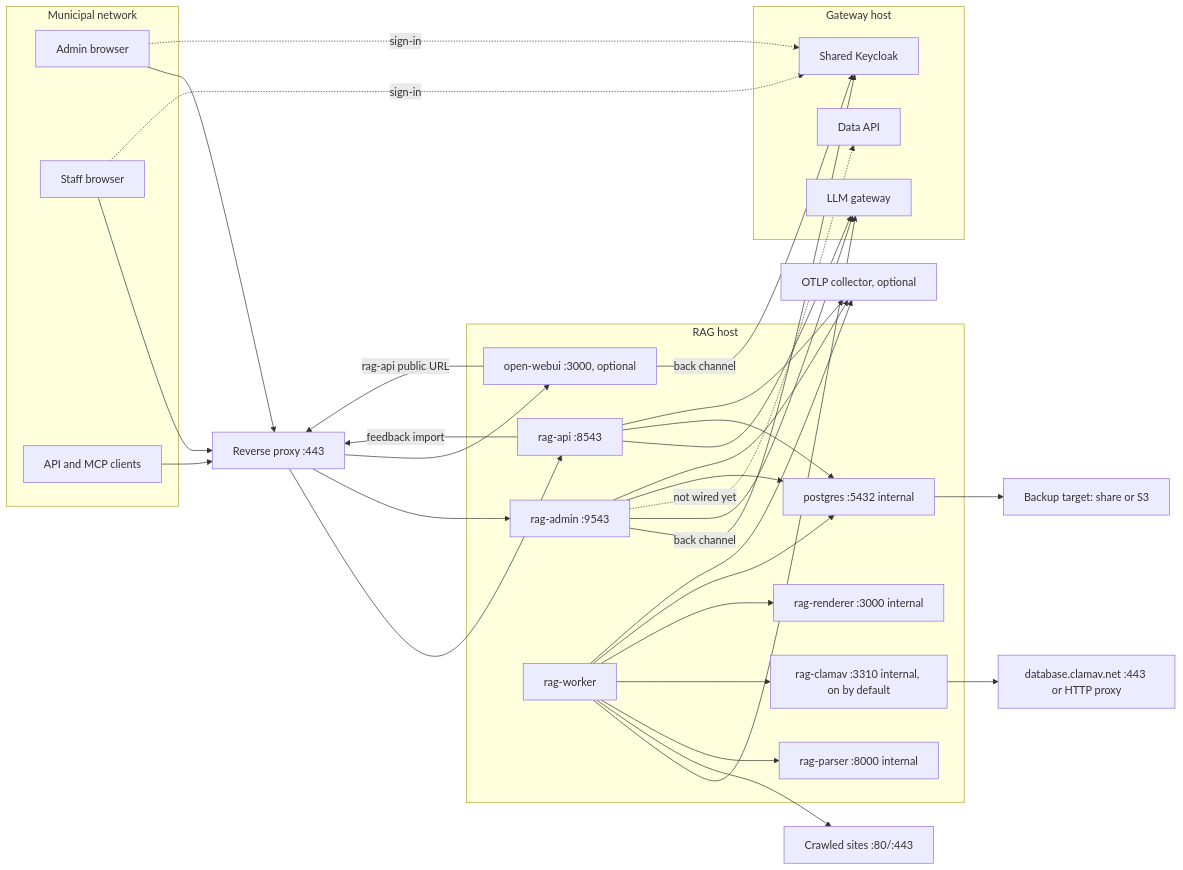
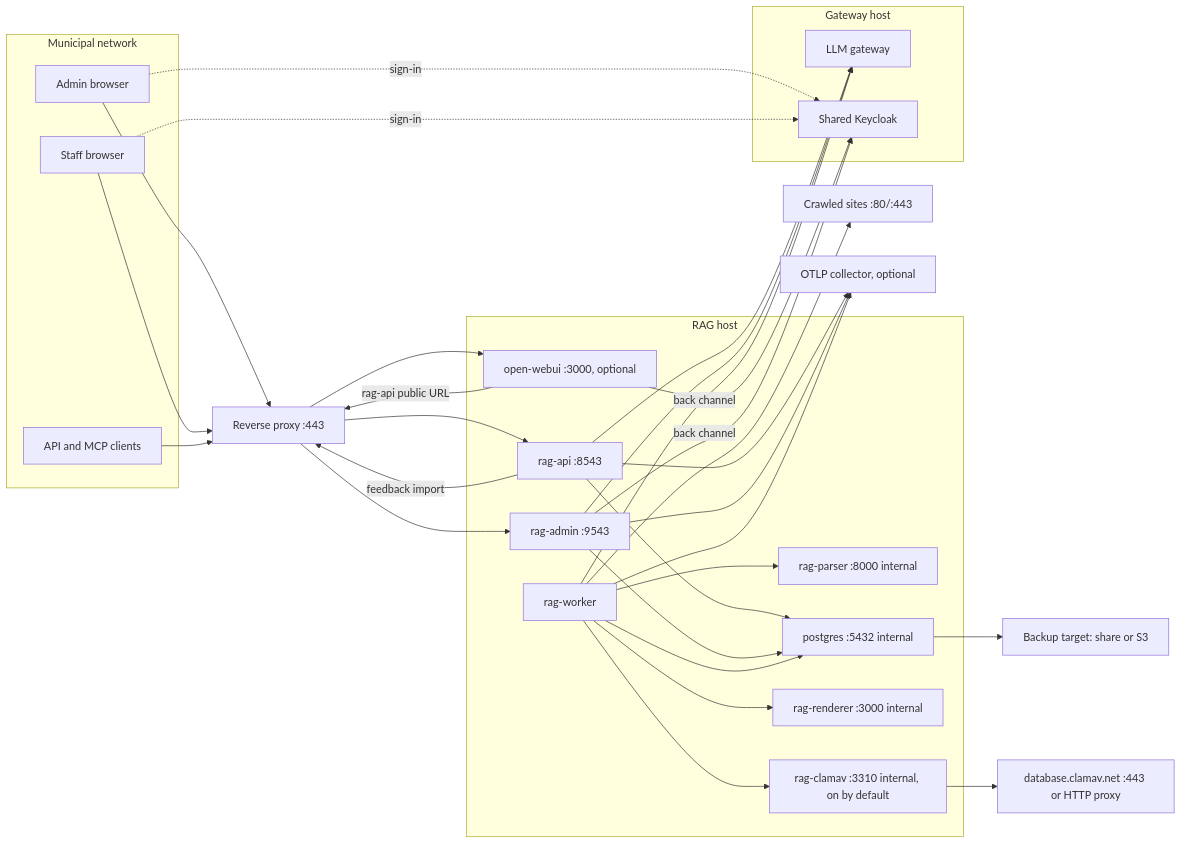
The diagram in docs/network-and-ports.md (thekim1/kalla), drawn with Mermaid before and after one commit. The commit also changed other lines of this file and 18 other files, not shown here.

Commit message:
A-30 part 2: the Data API is gone from the deployment and the docs (#580)

````diff
--- a/docs/network-and-ports.md
+++ b/docs/network-and-ports.md
@@ -34,57 +34,55 @@
 ```mermaid
 flowchart LR
   subgraph clients[Municipal network]
     admin[Admin browser]
     user[Staff browser]
     integ[API and MCP clients]
   end
   proxy[Reverse proxy :443]
   subgraph rag[RAG host]
     api[rag-api :8543]
     adm[rag-admin :9543]
     owui[open-webui :3000, optional]
     worker[rag-worker]
     parser[rag-parser :8000 internal]
     clam[rag-clamav :3310 internal, on by default]
     render[rag-renderer :3000 internal]
     pg[postgres :5432 internal]
   end
   subgraph gwhost[Gateway host]
     gw[LLM gateway]
-    dapi[Data API]
     kc[Shared Keycloak]
   end
   sites[Crawled sites :80/:443]
   cvd[database.clamav.net :443 or HTTP proxy]
   bak[Backup target: share or S3]
   otel[OTLP collector, optional]
 
   admin --> proxy
   user --> proxy
   integ --> proxy
   admin -. sign-in .-> kc
   user -. sign-in .-> kc
   proxy --> api
   proxy --> adm
   proxy --> owui
   owui -- rag-api public URL --> proxy
   api -- feedback import --> proxy
   owui -- back channel --> kc
   adm -- back channel --> kc
   api --> gw
   adm --> gw
   worker --> gw
-  adm -. not wired yet .-> dapi
   worker --> sites
   worker --> parser
   worker --> clam
   worker --> render
   api --> pg
   adm --> pg
   worker --> pg
   clam --> cvd
   pg --> bak
   api --> otel
   adm --> otel
   worker --> otel
 ```
````
